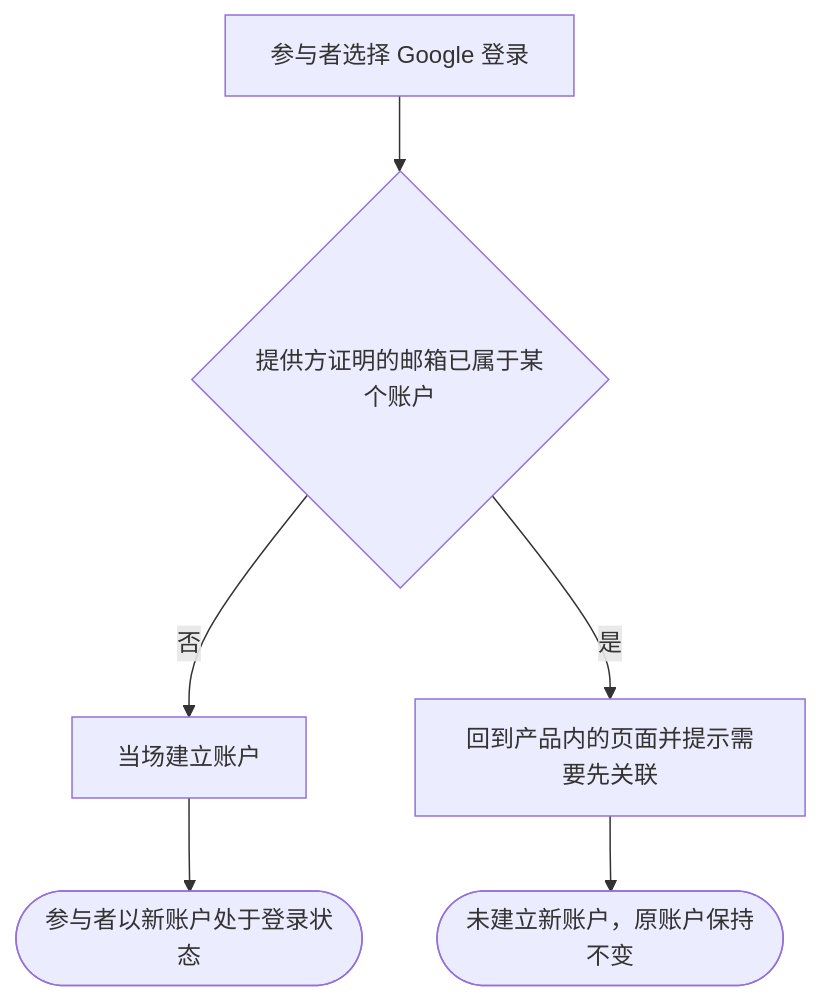
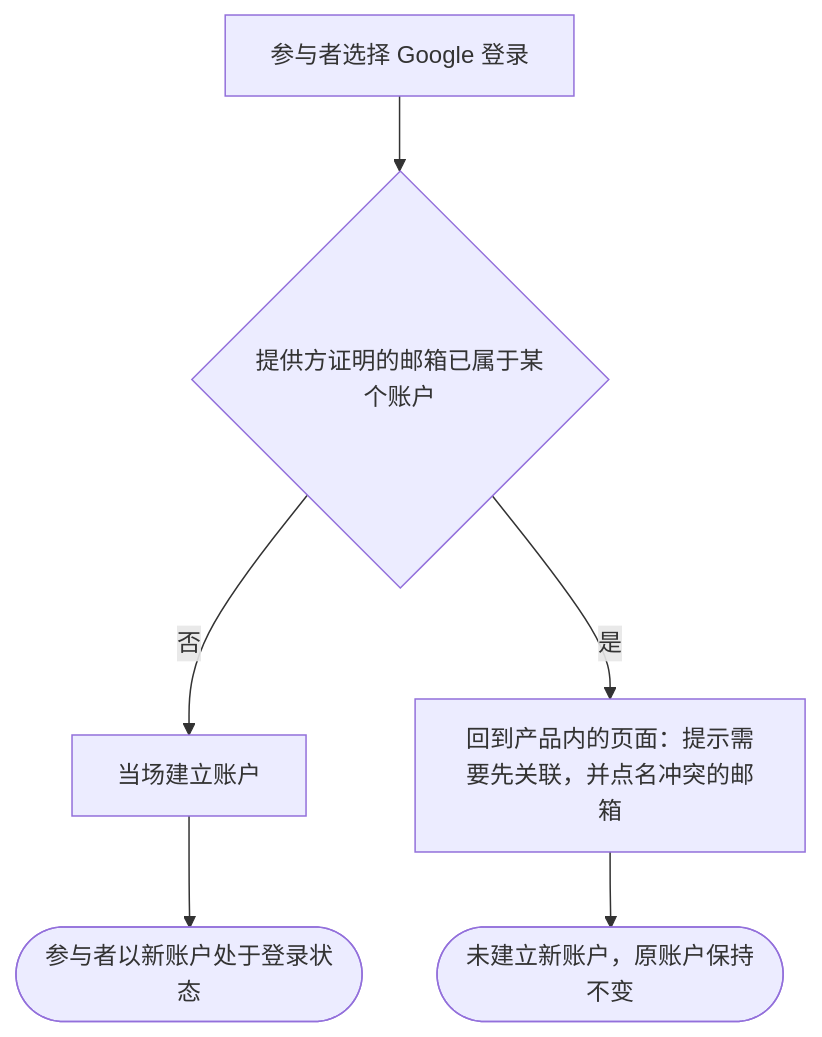
The diagram in docs/prd/journeys/journey-social-sign-in-and-linking.md (wangzw/speed), drawn with Mermaid before and after one commit. The commit also changed other lines of this file and 1 other file, not shown here.

````diff
--- a/docs/prd/journeys/journey-social-sign-in-and-linking.md
+++ b/docs/prd/journeys/journey-social-sign-in-and-linking.md
@@ -33,8 +33,8 @@
 ```mermaid
 flowchart TD
     A[参与者选择 Google 登录] --> B{提供方证明的邮箱已属于某个账户}
     B -->|否| C[当场建立账户]
     C --> D([参与者以新账户处于登录状态])
-    B -->|是| E[回到产品内的页面并提示需要先关联]
+    B -->|是| E[回到产品内的页面：提示需要先关联，并点名冲突的邮箱]
     E --> F([未建立新账户，原账户保持不变])
 ```
````
